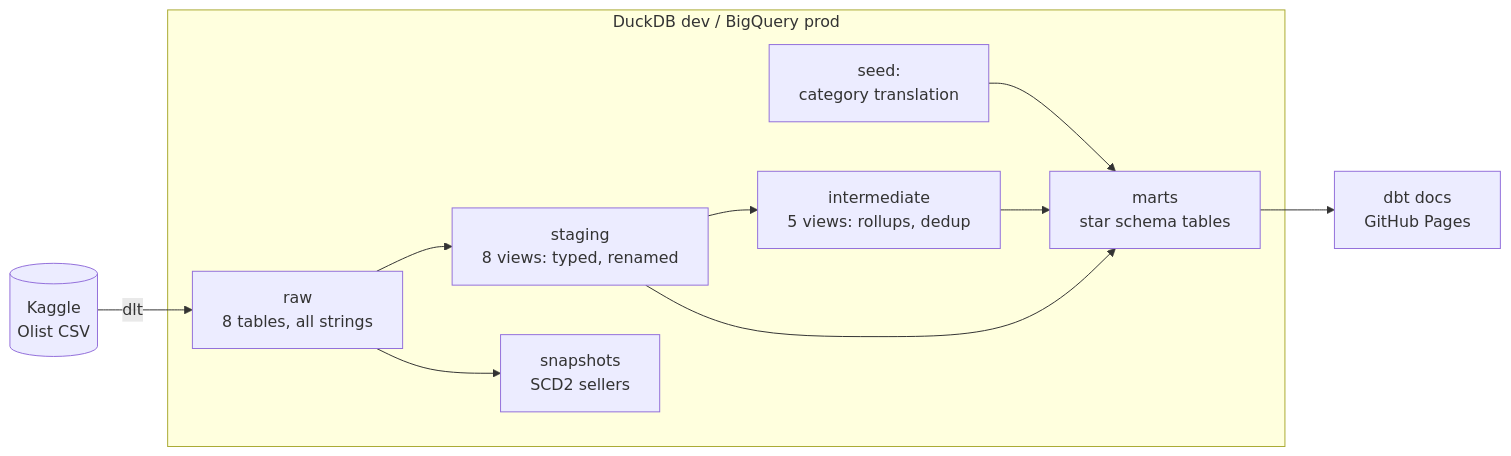
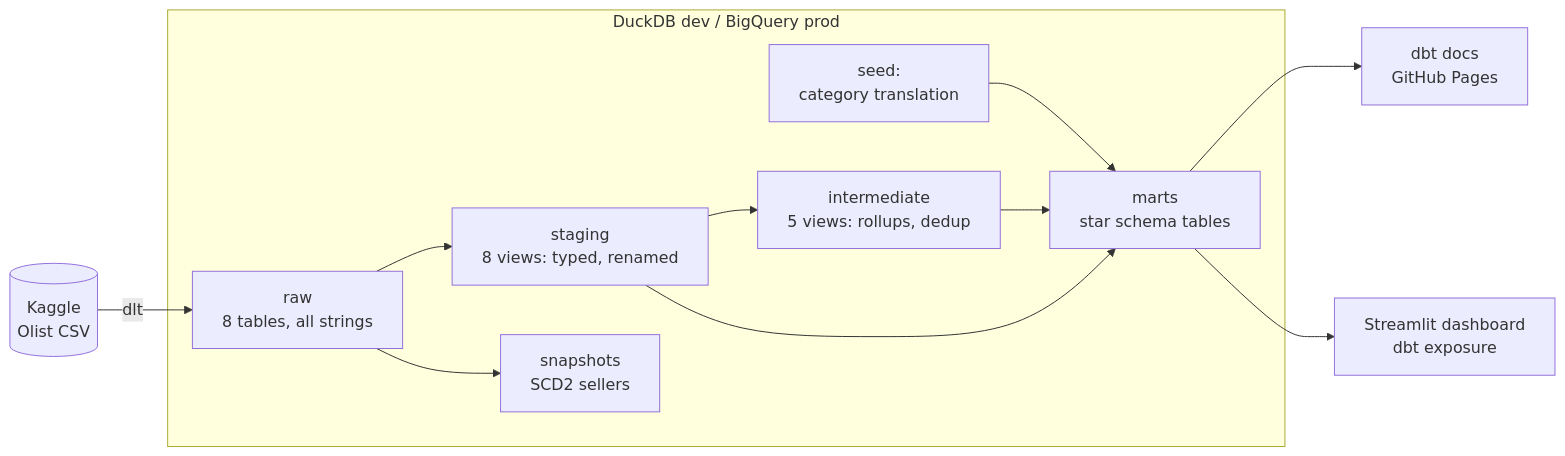
Before and after one commit to ShuCiG/olist-analytics-dbt: the first of 4 diagrams in README.md, drawn with Mermaid. The commit also changed other lines of this file and 5 other files, not shown here.

First line of the commit message:
docs(dashboard): live link, screenshots, exposure url

````diff
--- a/README.md
+++ b/README.md
@@ -27,14 +33,15 @@
 ```mermaid
 flowchart LR
     kaggle[(Kaggle<br/>Olist CSV)] -->|dlt| raw
     subgraph wh[DuckDB dev / BigQuery prod]
         raw[raw<br/>8 tables, all strings] --> staging
         raw --> snapshots[snapshots<br/>SCD2 sellers]
         seed[seed:<br/>category translation] --> marts
         staging[staging<br/>8 views: typed, renamed] --> intermediate
         intermediate[intermediate<br/>5 views: rollups, dedup] --> marts
         staging --> marts
         marts[marts<br/>star schema tables]
     end
     marts --> docs[dbt docs<br/>GitHub Pages]
+    marts --> dash[Streamlit dashboard<br/>dbt exposure]
 ```
````
